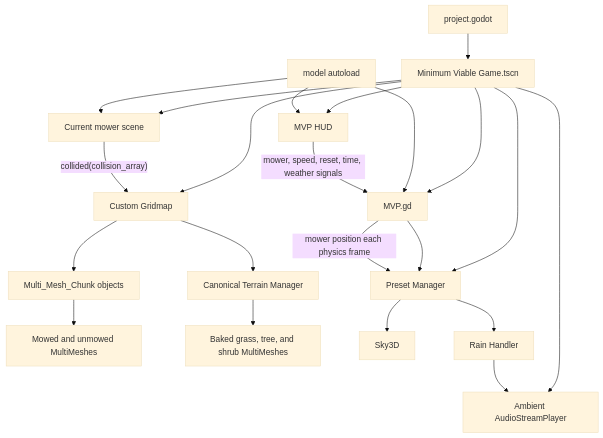
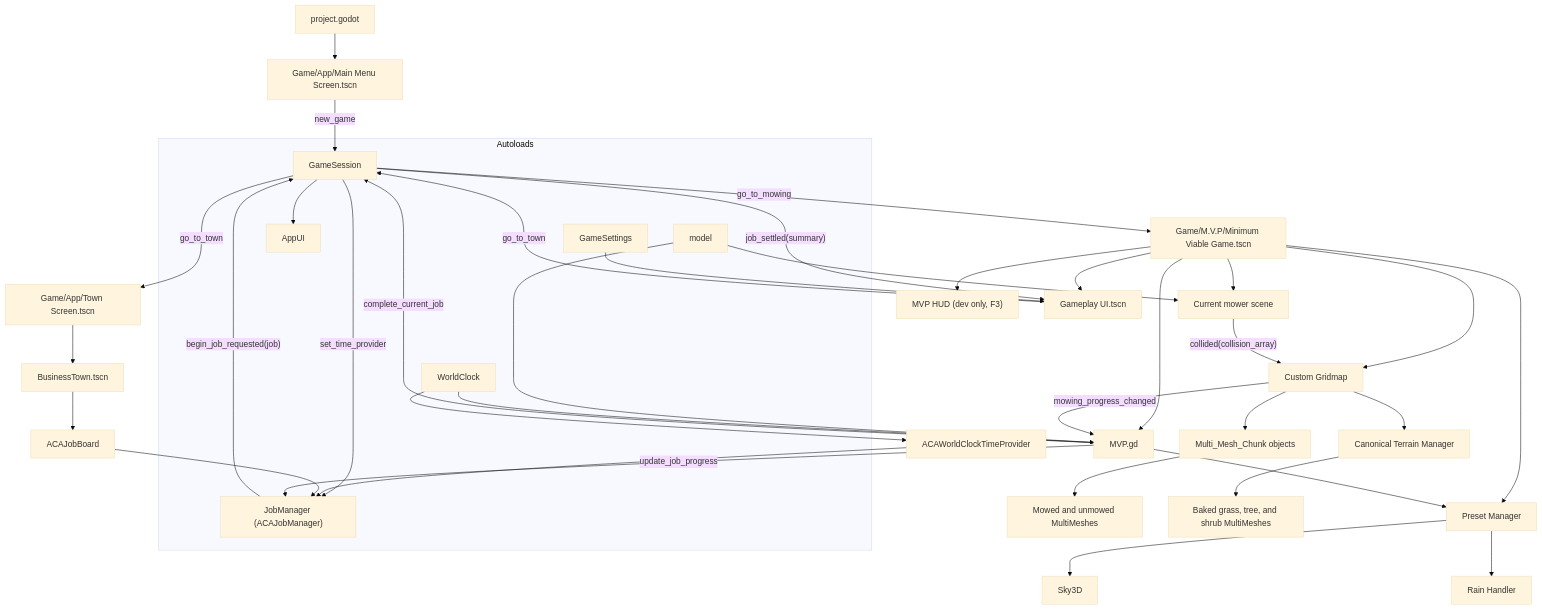
The first of 2 diagrams in project-docs/architecture.md (usw344/A-Cut-Above-Lawn-Mowing-Startup-public), drawn with Mermaid (base theme) before and after one commit. The commit also changed other lines of this file and 520 other files, not shown here.

````diff
--- a/project-docs/architecture.md
+++ b/project-docs/architecture.md
@@ -9,28 +27,49 @@
 ```mermaid
 flowchart TD
-    Project["project.godot"] --> MVPScene["Minimum Viable Game.tscn"]
+    Project["project.godot"] --> Menu["Game/App/Main Menu Screen.tscn"]
+
+    subgraph Autoloads
+        Model["model"]
+        Clock["WorldClock"]
+        Jobs["JobManager (ACAJobManager)"]
+        Settings["GameSettings"]
+        UI["AppUI"]
+        Session["GameSession"]
+    end
+
+    Session -->|"set_time_provider"| Jobs
+    Clock --> Provider["ACAWorldClockTimeProvider"] --> Jobs
+    Jobs -->|"begin_job_requested(job)"| Session
+
+    Menu -->|"new_game"| Session
+    Session -->|"go_to_town"| Town["Game/App/Town Screen.tscn"]
+    Town --> BT["BusinessTown.tscn"] --> Board["ACAJobBoard"] --> Jobs
+    Session -->|"go_to_mowing"| MVPScene["Game/M.V.P/Minimum Viable Game.tscn"]
+
     MVPScene --> MVP["MVP.gd"]
     MVPScene --> Mower["Current mower scene"]
     MVPScene --> Grid["Custom Gridmap"]
-    MVPScene --> HUD["MVP HUD"]
+    MVPScene --> DebugHUD["MVP HUD (dev only, F3)"]
     MVPScene --> Presets["Preset Manager"]
-    MVPScene --> Ambience["Ambient AudioStreamPlayer"]
+    MVPScene --> GPUI["Gameplay UI.tscn"]
 
-    Model["model autoload"] --> MVP
+    Model --> MVP
     Model --> Mower
-    Model --> HUD
-
     Mower -->|"collided(collision_array)"| Grid
     Grid --> Chunks["Multi_Mesh_Chunk objects"]
     Chunks --> Grass["Mowed and unmowed MultiMeshes"]
-
     Grid --> Terrain["Canonical Terrain Manager"]
     Terrain --> EnvironmentMM["Baked grass, tree, and shrub MultiMeshes"]
 
-    HUD -->|"mower, speed, reset, time, weather signals"| MVP
-    MVP --> Presets
+    Grid -->|"mowing_progress_changed"| MVP
+    MVP -->|"update_job_progress"| Jobs
+    MVP -->|"complete_current_job"| Session
+    Session -->|"job_settled(summary)"| GPUI
+    GPUI -->|"go_to_town"| Session
+
+    Clock --> MVP --> Presets
     Presets --> Sky3D["Sky3D"]
     Presets --> Rain["Rain Handler"]
-    Rain --> Ambience
-    MVP -->|"mower position each physics frame"| Presets
+    Session --> UI
+    Settings --> GPUI
 ```
````
